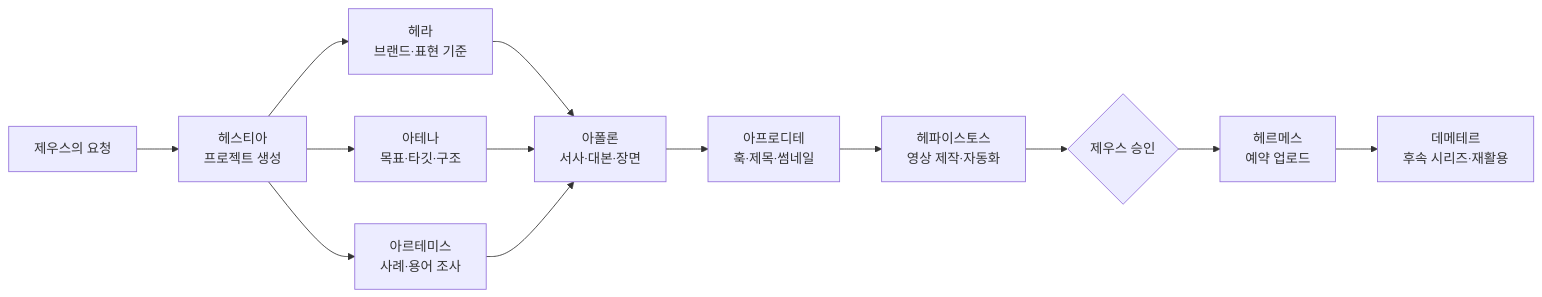
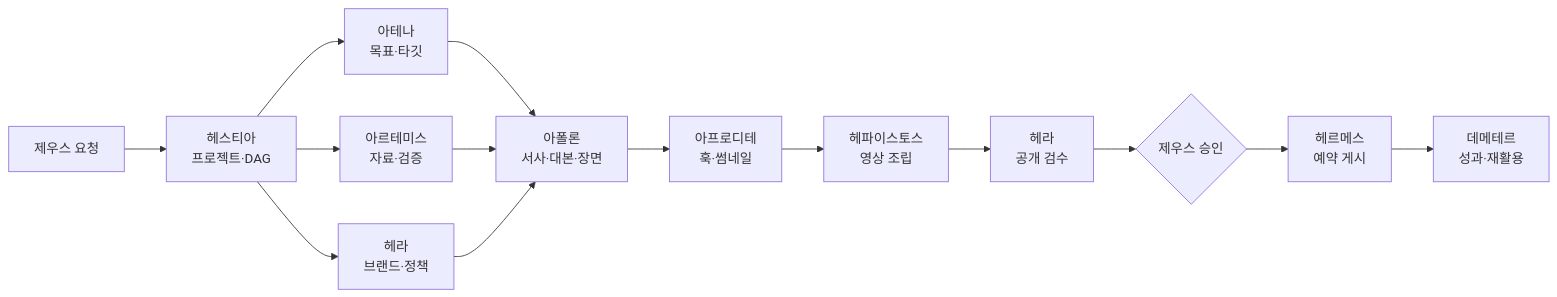
Before and after one commit to BoxLogoDev/olympus_grokbot: the second of 2 diagrams in README.md, drawn with Mermaid. The commit also changed other lines of this file and 13 other files, not shown here.

Commit message:
docs: promote OLYMPUS architecture to v1.0

````diff
--- a/README.md
+++ b/README.md
@@ -206,15 +218,16 @@
 ```mermaid
 flowchart LR
-    Z["제우스의 요청"] --> H["헤스티아<br/>프로젝트 생성"]
-    H --> HE["헤라<br/>브랜드·표현 기준"]
-    H --> AT["아테나<br/>목표·타깃·구조"]
-    H --> AR["아르테미스<br/>사례·용어 조사"]
-    HE --> AP["아폴론<br/>서사·대본·장면"]
-    AT --> AP
+    Z["제우스 요청"] --> H["헤스티아<br/>프로젝트·DAG"]
+    H --> AT["아테나<br/>목표·타깃"]
+    H --> AR["아르테미스<br/>자료·검증"]
+    H --> HE["헤라<br/>브랜드·정책"]
+    AT --> AP["아폴론<br/>서사·대본·장면"]
     AR --> AP
-    AP --> AF["아프로디테<br/>훅·제목·썸네일"]
-    AF --> HP["헤파이스토스<br/>영상 제작·자동화"]
-    HP --> ZA{"제우스 승인"}
-    ZA --> HM["헤르메스<br/>예약 업로드"]
-    HM --> DE["데메테르<br/>후속 시리즈·재활용"]
+    HE --> AP
+    AP --> AF["아프로디테<br/>훅·썸네일"]
+    AF --> HP["헤파이스토스<br/>영상 조립"]
+    HP --> Q["헤라<br/>공개 검수"]
+    Q --> ZA{"제우스 승인"}
+    ZA --> HM["헤르메스<br/>예약 게시"]
+    HM --> DE["데메테르<br/>성과·재활용"]
 ```
````
